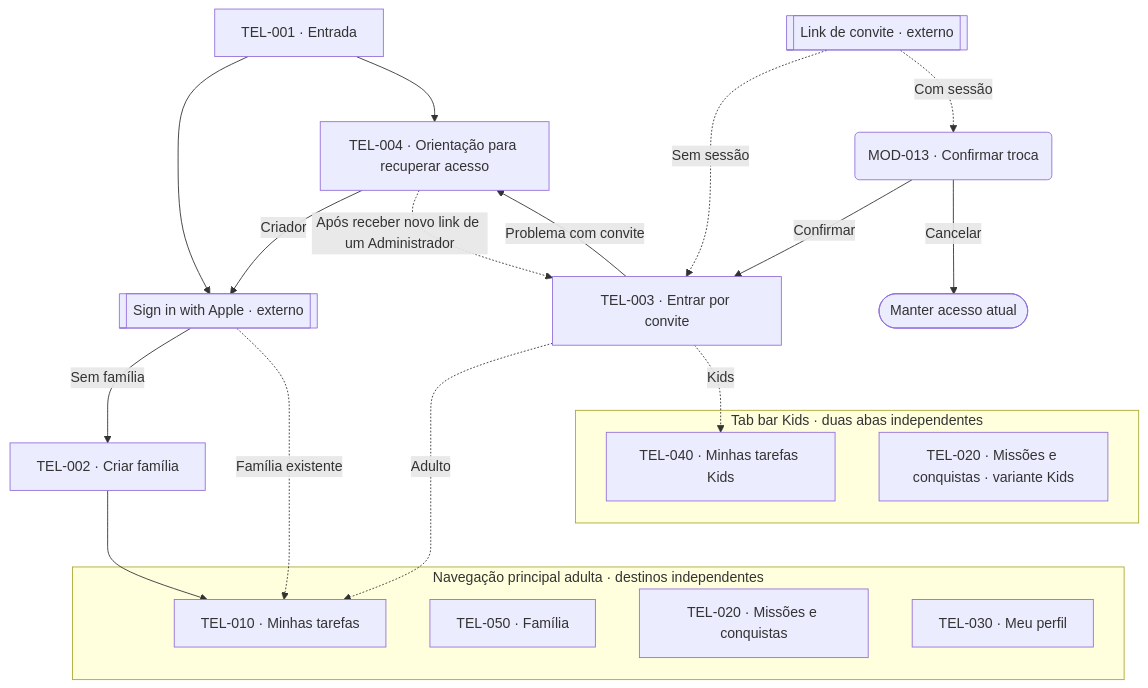
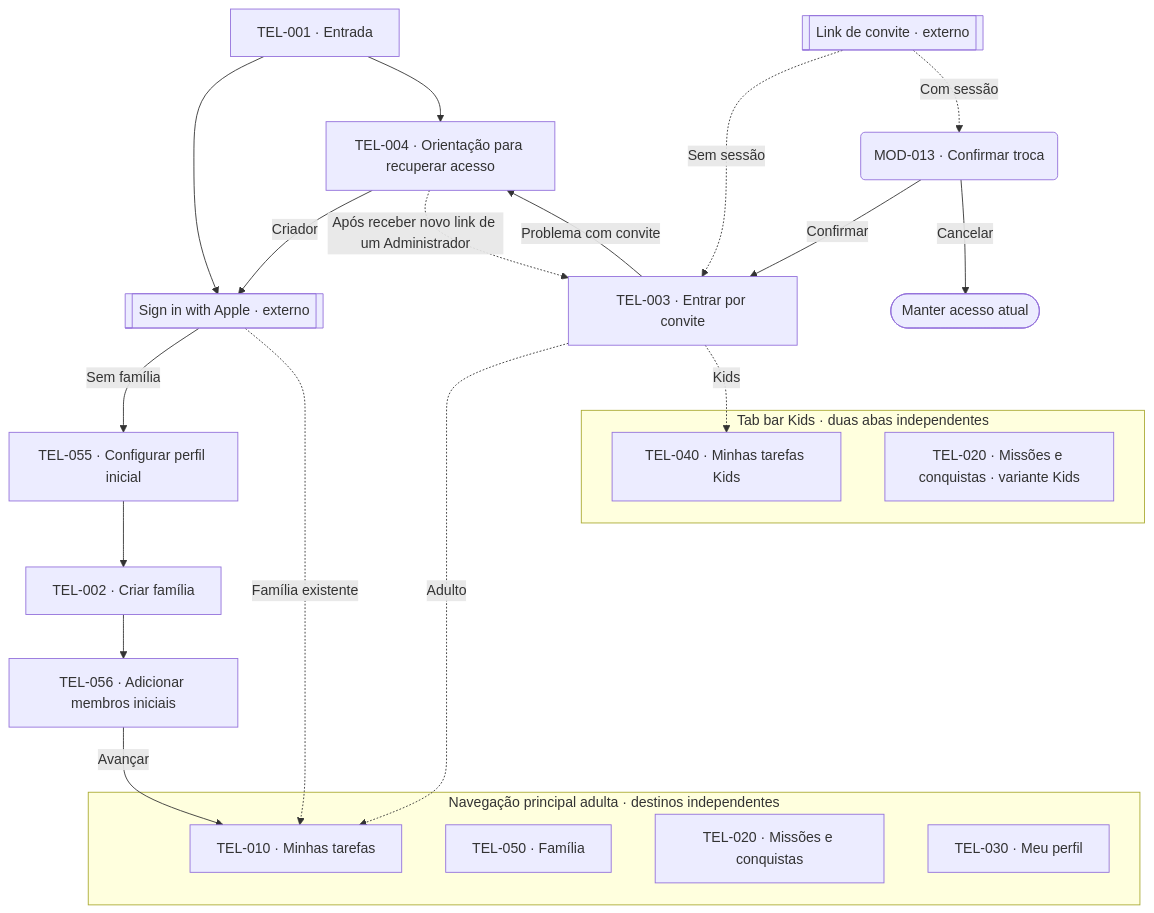
The first of 6 diagrams in docs/design/screen-map.md (lizandramalta/App-Rotina-Familiar), drawn with Mermaid before and after one commit. The commit also changed other lines of this file and 19 other files, not shown here.

````diff
--- a/docs/design/screen-map.md
+++ b/docs/design/screen-map.md
@@ -28,33 +28,37 @@
 ```mermaid
 flowchart TD
     T001["TEL-001 · Entrada"]
     Apple[["Sign in with Apple · externo"]]
+    T055["TEL-055 · Configurar perfil inicial"]
     T002["TEL-002 · Criar família"]
+    T056["TEL-056 · Adicionar membros iniciais"]
     Link[["Link de convite · externo"]]
     T003["TEL-003 · Entrar por convite"]
     T004["TEL-004 · Orientação para recuperar acesso"]
     subgraph Adultos["Navegação principal adulta · destinos independentes"]
       T010["TEL-010 · Minhas tarefas"]
       T050["TEL-050 · Família"]
       T020["TEL-020 · Missões e conquistas"]
       T030["TEL-030 · Meu perfil"]
     end
     subgraph Kids["Tab bar Kids · duas abas independentes"]
       T040["TEL-040 · Minhas tarefas Kids"]
       KM["TEL-020 · Missões e conquistas · variante Kids"]
     end
     T001 --> Apple
-    Apple -->|Sem família| T002
+    Apple -->|Sem família| T055
     Apple -.->|Família existente| T010
-    T002 --> T010
+    T055 --> T002
+    T002 --> T056
+    T056 -->|Avançar| T010
     Link -.->|Sem sessão| T003
     Link -.->|Com sessão| M013("MOD-013 · Confirmar troca")
     M013 -->|Confirmar| T003
     M013 -->|Cancelar| Current(["Manter acesso atual"])
     T003 -.->|Adulto| T010
     T003 -.->|Kids| T040
     T001 --> T004
     T003 -->|Problema com convite| T004
     T004 -->|Criador| Apple
     T004 -.->|Após receber novo link de um Administrador| T003
 ```
````
